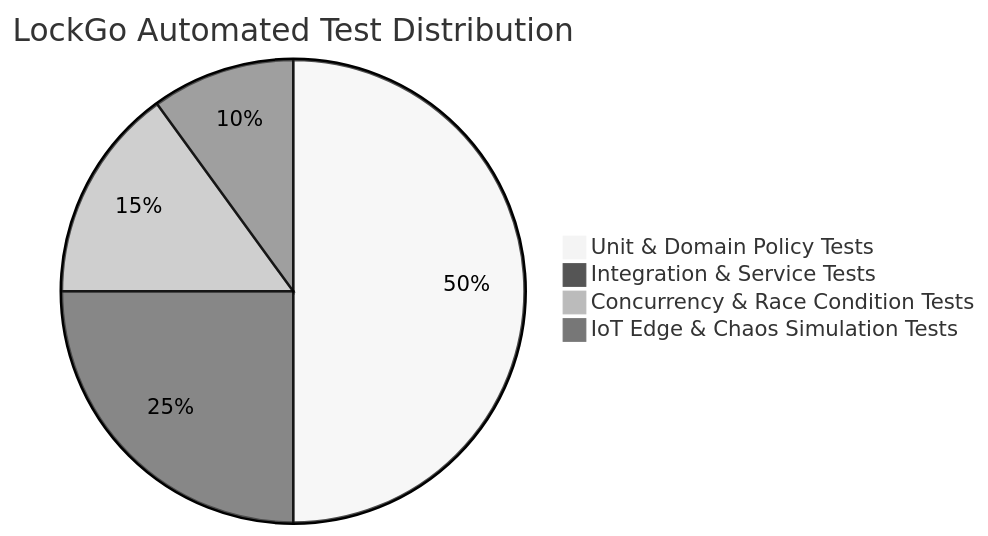
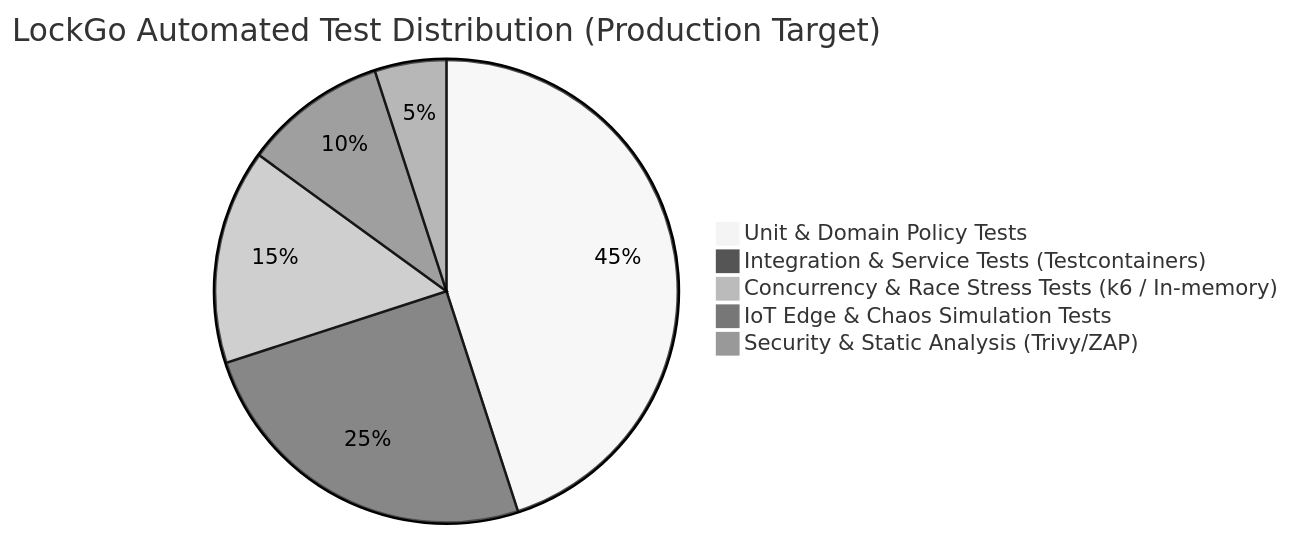
Before and after one commit to napaporn-s/lockgo-platform: the first of 3 diagrams in docs/04_TESTING_AND_DEVOPS_STRATEGY.md, drawn with Mermaid (neutral theme). The commit also changed other lines of this file and 12 other files, not shown here.

Commit message:
fix(compliance/architecture): สร้าง Real PII Masking Engine, เพิ่ม Topic 19 Tools Matrix, Playbook 7 Silent Drop และ AI Code Review Artifact (Topic 21)

````diff
--- a/docs/04_TESTING_AND_DEVOPS_STRATEGY.md
+++ b/docs/04_TESTING_AND_DEVOPS_STRATEGY.md
@@ -14,7 +16,8 @@
 ```mermaid
-pie title LockGo Automated Test Distribution
-    "Unit & Domain Policy Tests" : 50
-    "Integration & Service Tests" : 25
-    "Concurrency & Race Condition Tests" : 15
+pie title LockGo Automated Test Distribution (Production Target)
+    "Unit & Domain Policy Tests" : 45
+    "Integration & Service Tests (Testcontainers)" : 25
+    "Concurrency & Race Stress Tests (k6 / In-memory)" : 15
     "IoT Edge & Chaos Simulation Tests" : 10
+    "Security & Static Analysis (Trivy/ZAP)" : 5
 ```
````
